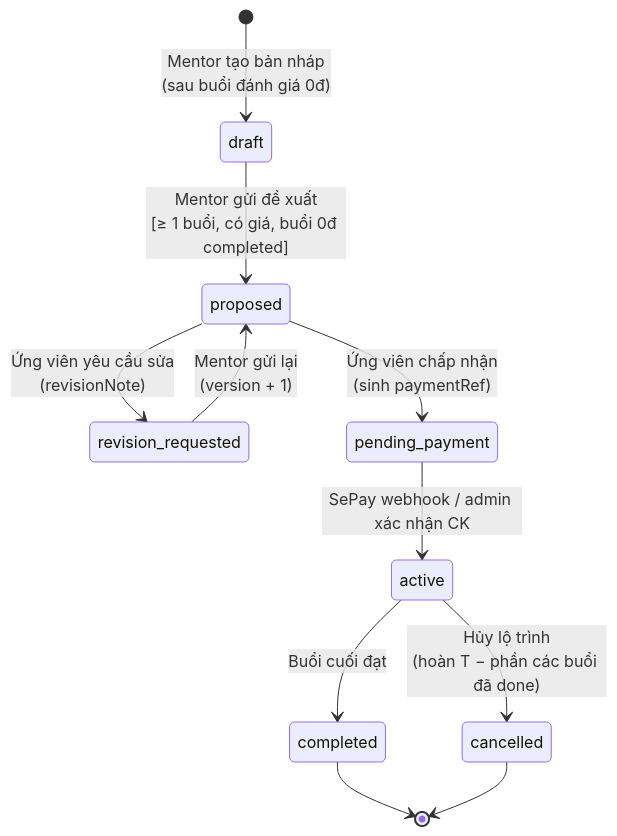
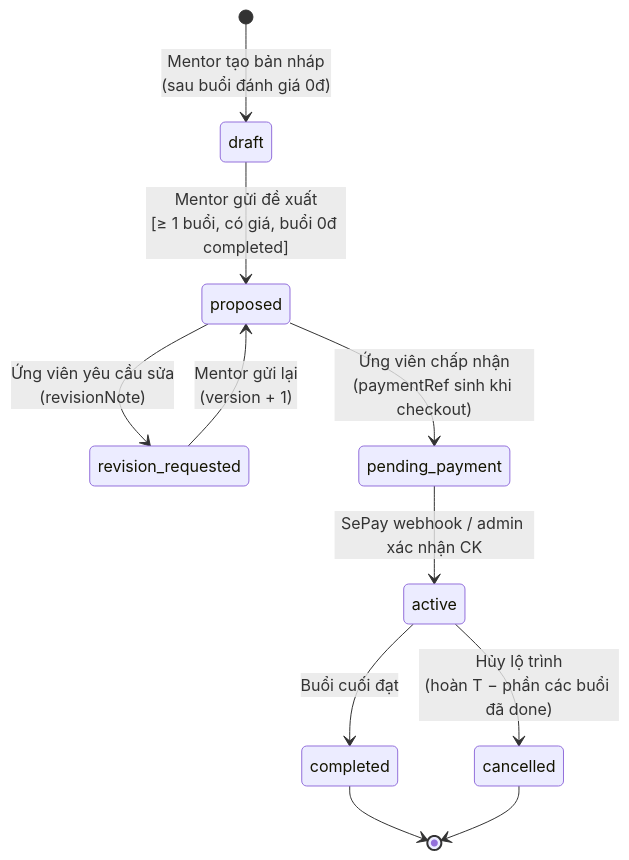
Before and after one commit to YenNhi206/ProInterview: diagram 13 of 14 in docs/STATE_MACHINES.md, drawn with Mermaid. The commit also changed other lines of this file and 19 other files, not shown here.

````diff
--- a/docs/STATE_MACHINES.md
+++ b/docs/STATE_MACHINES.md
@@ -324,13 +326,13 @@
 ```mermaid
 stateDiagram-v2
     [*] --> draft : Mentor tạo bản nháp<br/>(sau buổi đánh giá 0đ)
     draft --> proposed : Mentor gửi đề xuất<br/>[≥ 1 buổi, có giá, buổi 0đ completed]
     proposed --> revision_requested : Ứng viên yêu cầu sửa<br/>(revisionNote)
     revision_requested --> proposed : Mentor gửi lại<br/>(version + 1)
-    proposed --> pending_payment : Ứng viên chấp nhận<br/>(sinh paymentRef)
+    proposed --> pending_payment : Ứng viên chấp nhận<br/>(paymentRef sinh khi checkout)
     pending_payment --> active : SePay webhook / admin xác nhận CK
     active --> completed : Buổi cuối đạt
     active --> cancelled : Hủy lộ trình<br/>(hoàn T − phần các buổi đã done)
     completed --> [*]
     cancelled --> [*]
 ```
````
